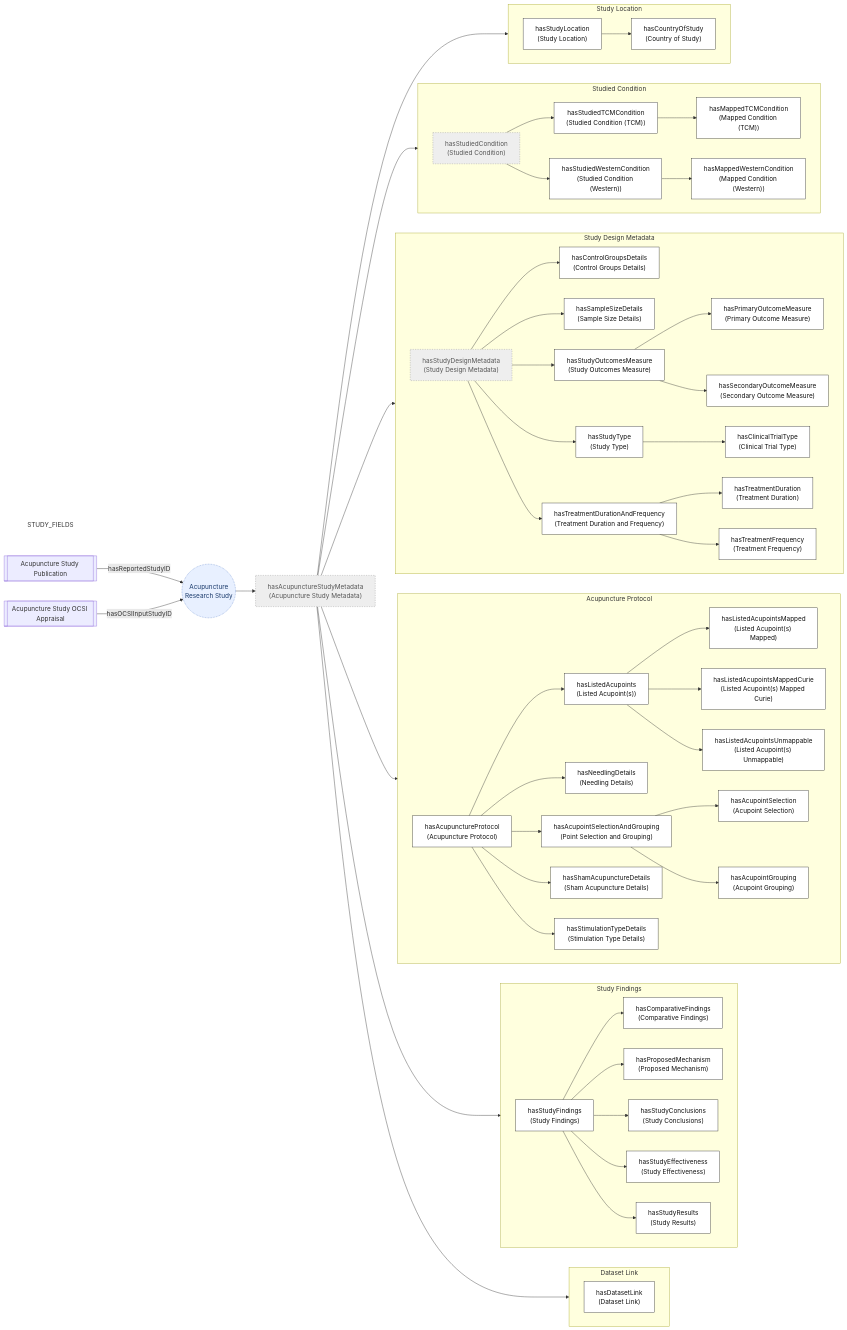
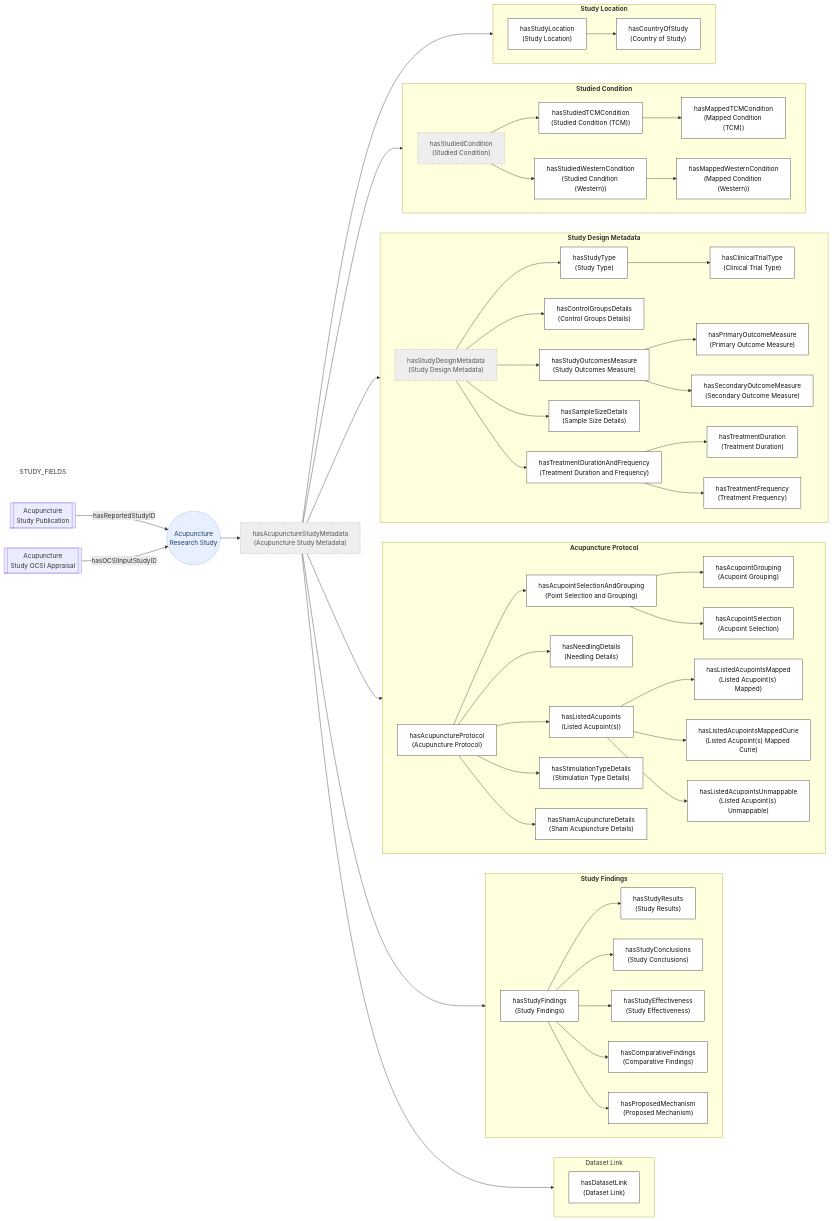
Before and after one commit to smtifahim/TARA-Ontology-Repository: the third of 5 diagrams in ontology-files/base/articles-kb/articles-kb-core/README.md, drawn with Mermaid. The commit also changed other lines of this file, not shown here.

````diff
--- a/ontology-files/base/articles-kb/articles-kb-core/README.md
+++ b/ontology-files/base/articles-kb/articles-kb-core/README.md
@@ -116,7 +118,7 @@
         DLINK["hasDatasetLink<br/>(Dataset Link)"]:::field
     end
 
-    subgraph FINDINGS ["Study Findings"]
+    subgraph FINDINGS ["<b>Study Findings</b>"]
         direction LR
         SFIND["hasStudyFindings<br/>(Study Findings)"]:::field
         COMP["hasComparativeFindings<br/>(Comparative Findings)"]:::field
@@ -125,41 +127,47 @@
         EFFECT["hasStudyEffectiveness<br/>(Study Effectiveness)"]:::field
         RESULTS["hasStudyResults<br/>(Study Results)"]:::field
 
+        SFIND --> RESULTS
+        SFIND --> CONCL
+        SFIND --> EFFECT
         SFIND --> COMP
         SFIND --> MECH
-        SFIND --> CONCL
-        SFIND --> EFFECT
-        SFIND --> RESULTS
+        
     end
     
     
-    subgraph PROTO ["Acupuncture Protocol"]
+    subgraph PROTO ["<b>Acupuncture Protocol</b>"]
         direction LR
         PROT["hasAcupunctureProtocol<br/>(Acupuncture Protocol)"]:::field
+        
         LIST["hasListedAcupoints<br/>(Listed Acupoint(s))"]:::field
         LMAP["hasListedAcupointsMapped<br/>(Listed Acupoint(s) Mapped)"]:::field
         LCURIE["hasListedAcupointsMappedCurie<br/>(Listed Acupoint(s) Mapped Curie)"]:::field
         LUNMAP["hasListedAcupointsUnmappable<br/>(Listed Acupoint(s) Unmappable)"]:::field
         NEEDLE["hasNeedlingDetails<br/>(Needling Details)"]:::field
-        SELGROUP["hasAcupointSelectionAndGrouping<br/>(Point Selection and Grouping)"]:::field
-        SEL["hasAcupointSelection<br/>(Acupoint Selection)"]:::field
-        GRP["hasAcupointGrouping<br/>(Acupoint Grouping)"]:::field
         SHAM["hasShamAcupunctureDetails<br/>(Sham Acupuncture Details)"]:::field
         STIM["hasStimulationTypeDetails<br/>(Stimulation Type Details)"]:::field
 
+        ASELGROUP["hasAcupointSelectionAndGrouping<br/>(Point Selection and Grouping)"]:::field
+        GRP["hasAcupointGrouping<br/>(Acupoint Grouping)"]:::field
+        SEL["hasAcupointSelection<br/>(Acupoint Selection)"]:::field
+        
+
+        PROT --> ASELGROUP
+        ASELGROUP --> GRP
+        ASELGROUP --> SEL
+        PROT --> NEEDLE
         PROT --> LIST
         LIST --> LMAP
         LIST --> LCURIE
-        LIST --> LUNMAP
-        PROT --> NEEDLE
-        PROT --> SELGROUP
-        SELGROUP --> SEL
-        SELGROUP --> GRP
+        LIST --> LUNMAP        
+        PROT --> STIM
         PROT --> SHAM
-        PROT --> STIM
+
+        
     end
     
-    subgraph DESIGN ["Study Design Metadata"]
+    subgraph DESIGN ["<b>Study Design Metadata</b>"]
         direction LR
         SDES["hasStudyDesignMetadata<br/>(Study Design Metadata)"]:::group
         CTRL["hasControlGroupsDetails<br/>(Control Groups Details)"]:::field
@@ -173,18 +181,19 @@
         TDUR["hasTreatmentDuration<br/>(Treatment Duration)"]:::field
         TFREQ["hasTreatmentFrequency<br/>(Treatment Frequency)"]:::field
 
+        SDES --> STYPE --> CTYPE
         SDES --> CTRL
+        SDES --> OUT
         SDES --> SAMP
-        SDES --> OUT
+        
         OUT --> POUT
         OUT --> SOUT
-        SDES --> STYPE --> CTYPE
         SDES --> TDF
         TDF --> TDUR
         TDF --> TFREQ
     end
 
-    subgraph COND ["Studied Condition"]
+    subgraph COND ["<b>Studied Condition</b>"]
         direction LR
         SCOND["hasStudiedCondition<br/>(Studied Condition)"]:::group
         TCM["hasStudiedTCMCondition<br/>(Studied Condition (TCM))"]:::field
@@ -196,7 +205,7 @@
         SCOND --> WEST --> WESTMAP
     end
 
-    subgraph LOC ["Study Location"]
+    subgraph LOC ["<b>Study Location</b>"]
         direction LR
         SLOC["hasStudyLocation<br/>(Study Location)"]:::field
         COUNTRY["hasCountryOfStudy<br/>(Country of Study)"]:::field
@@ -204,7 +213,6 @@
     end
 %% end
 
-    PUB_EXT[["Acupuncture Study Publication"]] -- hasReportedStudyID --> STUDY:::linked  
-    OCSI_EXT[["Acupuncture Study OCSI Appraisal"]] -- hasOCSIInputStudyID --> STUDY:::linked
-
+    PUB_EXT[["Acupuncture</br>Study Publication"]] -- hasReportedStudyID --> STUDY:::linked  
+    OCSI_EXT[["Acupuncture</br>Study OCSI Appraisal"]] -- hasOCSIInputStudyID --> STUDY:::linked
 ```
````
